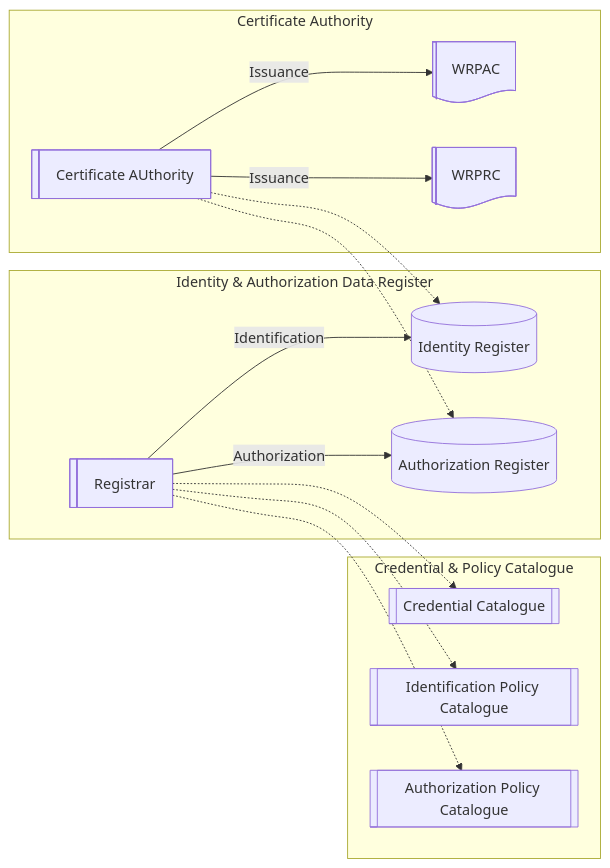
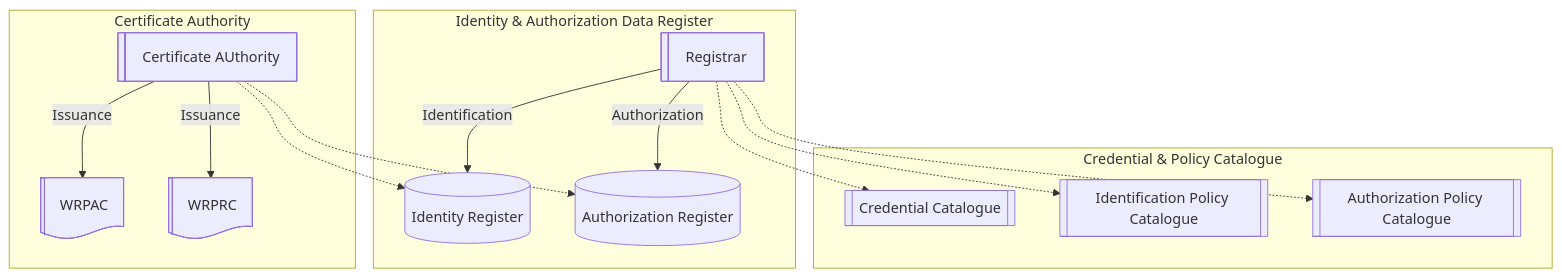
The second of 3 diagrams in topics/trust-management-process.md (APTITUDE-Consortium/wp2-trust-specifications), drawn with Mermaid before and after one commit.

````diff
--- a/topics/trust-management-process.md
+++ b/topics/trust-management-process.md
@@ -63,31 +63,31 @@
 ```mermaid graph
-flowchart LR
+flowchart TD
 subgraph Cred_Def["Credential & Policy Catalogue"]
         Cred[["Credential Catalogue"]]
         IDPol[["Identification Policy Catalogue"]]
         CredPol[["Authorization Policy Catalogue"]]
 end
 subgraph Register["Identity & Authorization Data Register"]
         IDReg@{shape: cyl, label: "Identity Register" }
         AuthReg@{shape: cyl, label: "Authorization Register"}
         Registrar@{shape: lin-rect, label: "Registrar" }
 end
 subgraph C_A["Certificate Authority"]
         WRPAC@{ shape: lin-doc, label: "WRPAC" }
         WRPRC@{ shape: lin-doc, label: "WRPRC" }
         CA@{shape: lin-rect, label: "Certificate AUthority" }
 end
 
     Registrar-->|Identification|IDReg
     Registrar-.->IDPol
 
     Registrar-.->Cred
     Registrar-.->CredPol
     Registrar-->|Authorization|AuthReg
 
     CA-.->IDReg
     CA-->|Issuance|WRPAC
     CA-.->AuthReg
     CA-->|Issuance|WRPRC
 
 ```
````
